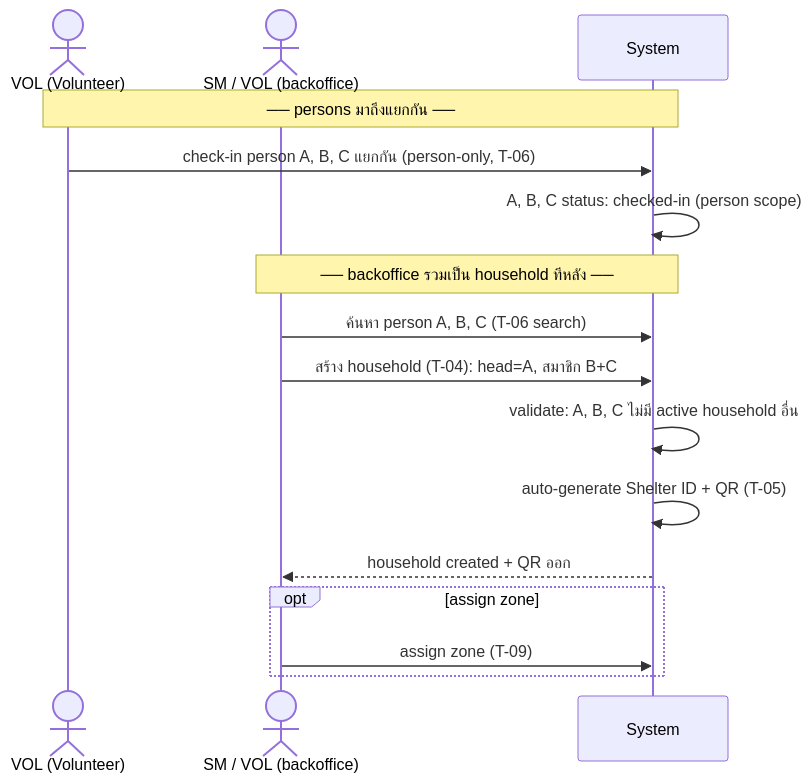
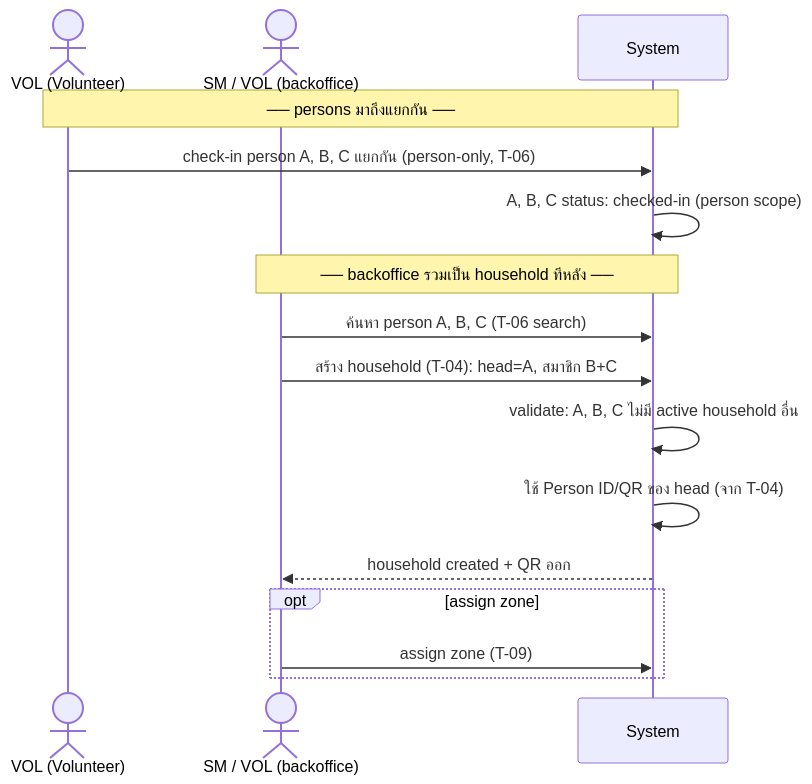
One commit to r202-coe-psu/tent changed the fourth of 6 diagrams in docs/task-breakdown/02-people.md. Above: the diagram before and after it, drawn with Mermaid. The commit also changed other lines of this file and 1 other file, not shown here.

Commit message:
docs(CR-047): update PRD & task breakdown to reflect removal of household shelter ID/QR

````diff
--- a/docs/task-breakdown/02-people.md
+++ b/docs/task-breakdown/02-people.md
@@ -296,21 +286,21 @@
 ```mermaid
 sequenceDiagram
     actor VOL as VOL (Volunteer)
     actor SM as SM / VOL (backoffice)
     participant SYS as System
 
     note over VOL,SYS: ── persons มาถึงแยกกัน ──
     VOL->>SYS: check-in person A, B, C แยกกัน (person-only, T-06)
     SYS->>SYS: A, B, C status: checked-in (person scope)
 
     note over SM,SYS: ── backoffice รวมเป็น household ทีหลัง ──
     SM->>SYS: ค้นหา person A, B, C (T-06 search)
     SM->>SYS: สร้าง household (T-04): head=A, สมาชิก B+C
     SYS->>SYS: validate: A, B, C ไม่มี active household อื่น
-    SYS->>SYS: auto-generate Shelter ID + QR (T-05)
+    SYS->>SYS: ใช้ Person ID/QR ของ head (จาก T-04)
     SYS-->>SM: household created + QR ออก
 
     opt assign zone
         SM->>SYS: assign zone (T-09)
     end
 ```
````
